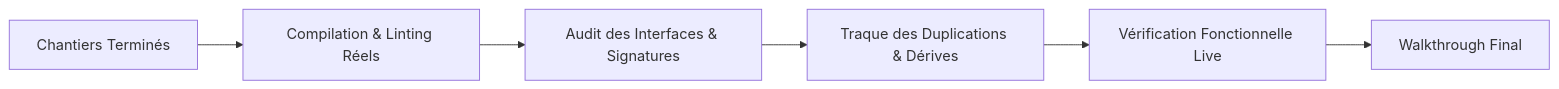
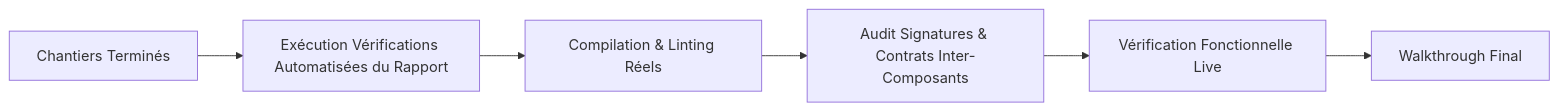
Before and after one commit to hjamet/cursor-memory-bank: the diagram in src/skills/build/SKILL.md, drawn with Mermaid. The commit also changed other lines of this file and 1 other file, not shown here.

````diff
--- a/src/skills/build/SKILL.md
+++ b/src/skills/build/SKILL.md
@@ -64,8 +67,8 @@
 ```mermaid
 flowchart LR
-    A["Chantiers Terminés"] --> B["Compilation & Linting Réels"]
-    B --> C["Audit des Interfaces & Signatures"]
-    C --> D["Traque des Duplications & Dérives"]
+    A["Chantiers Terminés"] --> B["Exécution Vérifications Automatisées du Rapport"]
+    B --> C["Compilation & Linting Réels"]
+    C --> D["Audit Signatures & Contrats Inter-Composants"]
     D --> E["Vérification Fonctionnelle Live"]
     E --> F["Walkthrough Final"]
 ```
````
